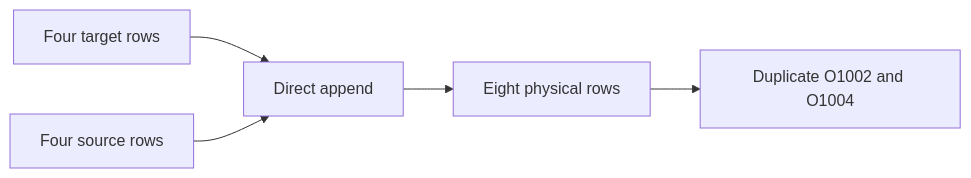
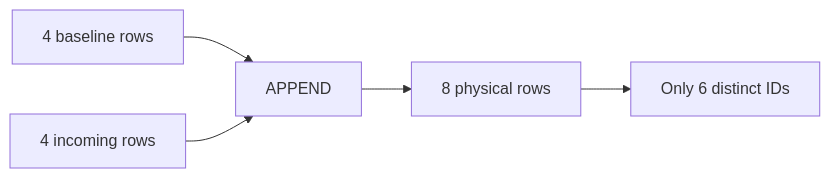
The third of 4 diagrams in Microsoft_Fabric_Session_06_Delta_Merge_and_Idempotent_Incremental_Loads.md (tg117official/microsoft_fabric_preparation), drawn with Mermaid before and after one commit. The commit also changed other lines of this file, not shown here.

````diff
--- a/Microsoft_Fabric_Session_06_Delta_Merge_and_Idempotent_Incremental_Loads.md
+++ b/Microsoft_Fabric_Session_06_Delta_Merge_and_Idempotent_Incremental_Loads.md
@@ -326,7 +337,7 @@
 ```mermaid
 flowchart LR
-    A["Four target rows"] --> C["Direct append"]
-    B["Four source rows"] --> C
-    C --> D["Eight physical rows"]
-    D --> E["Duplicate O1002 and O1004"]
+    A["4 baseline rows"] --> C["APPEND"]
+    B["4 incoming rows"] --> C
+    C --> D["8 physical rows"]
+    D --> E["Only 6 distinct IDs"]
 ```
````
